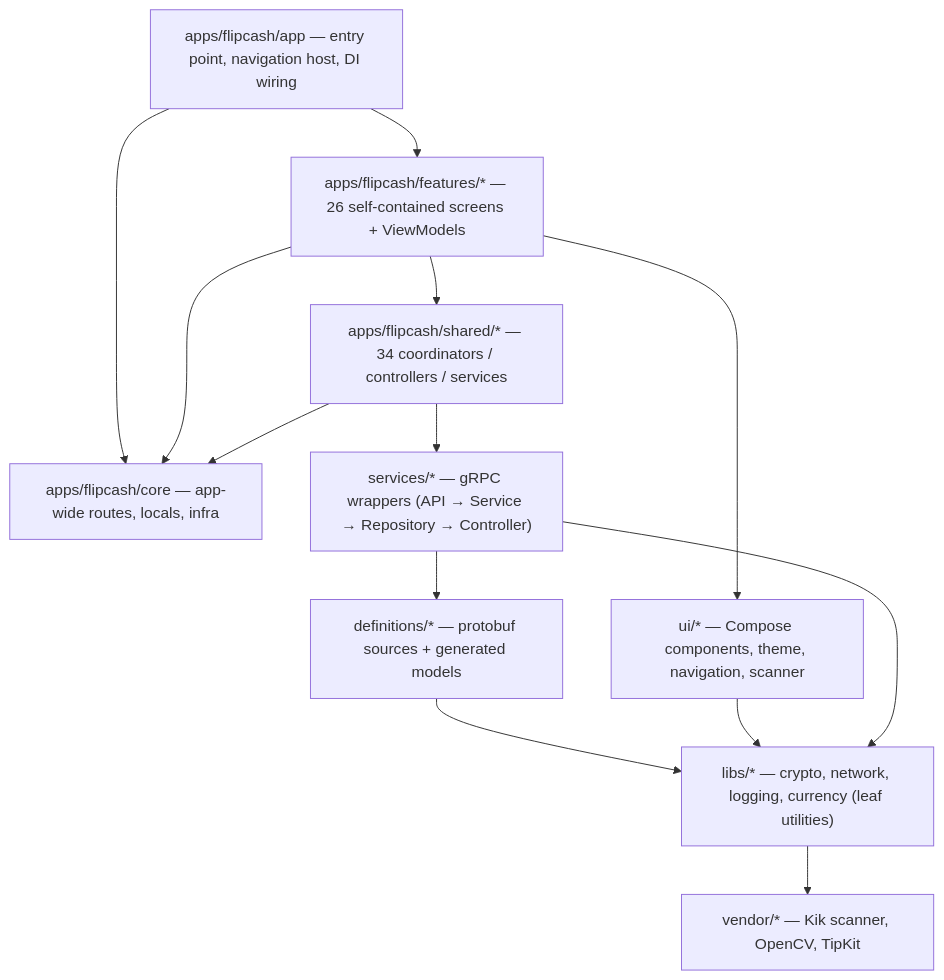
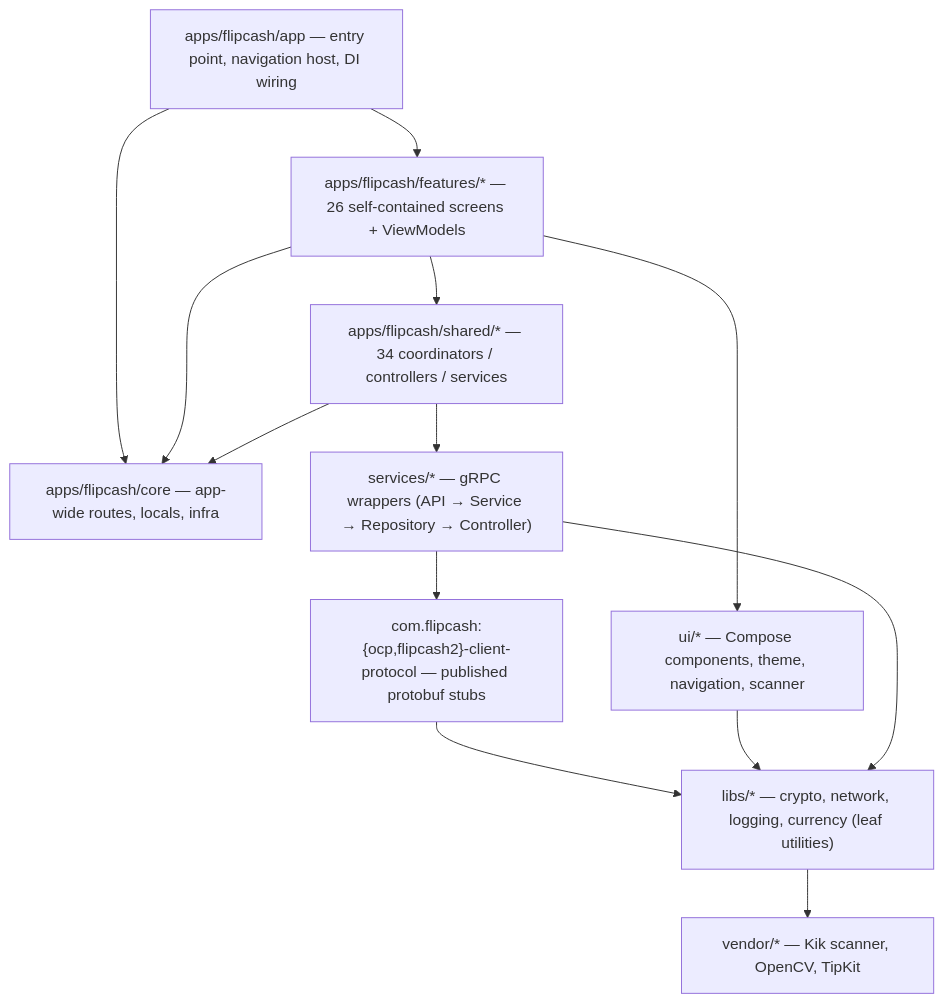
The diagram in docs/architecture/README.md (code-payments/code-android-app), drawn with Mermaid before and after one commit. The commit also changed other lines of this file and 62 other files, not shown here.

````diff
--- a/docs/architecture/README.md
+++ b/docs/architecture/README.md
@@ -33,20 +33,20 @@
 ```mermaid
 graph TD
     App["apps/flipcash/app — entry point, navigation host, DI wiring"]
     Features["apps/flipcash/features/* — 26 self-contained screens + ViewModels"]
     Shared["apps/flipcash/shared/* — 34 coordinators / controllers / services"]
     Core["apps/flipcash/core — app-wide routes, locals, infra"]
     Services["services/* — gRPC wrappers (API → Service → Repository → Controller)"]
-    Defs["definitions/* — protobuf sources + generated models"]
+    Defs["com.flipcash:{ocp,flipcash2}-client-protocol — published protobuf stubs"]
     UI["ui/* — Compose components, theme, navigation, scanner"]
     Libs["libs/* — crypto, network, logging, currency (leaf utilities)"]
     Vendor["vendor/* — Kik scanner, OpenCV, TipKit"]
 
     App --> Features --> Shared --> Services --> Defs --> Libs
     App --> Core
     Features --> Core
     Features --> UI --> Libs
     Shared --> Core
     Services --> Libs
     Libs --> Vendor
 ```
````
